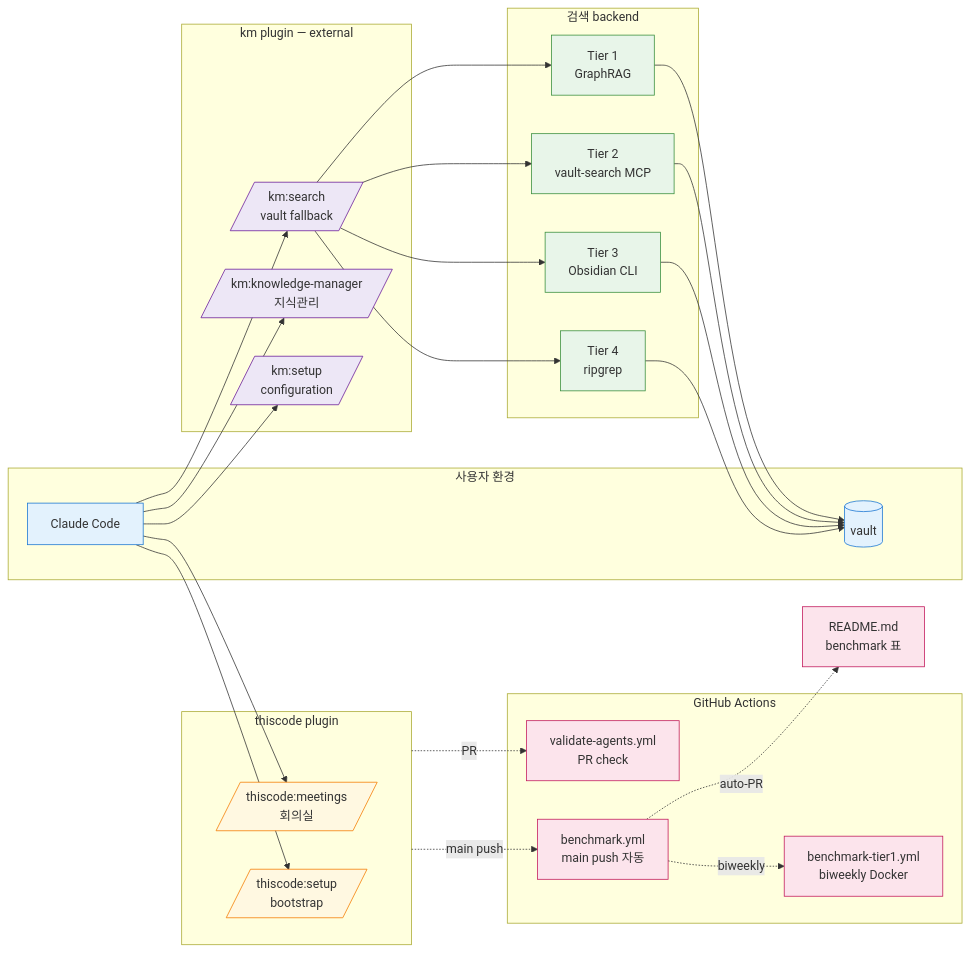
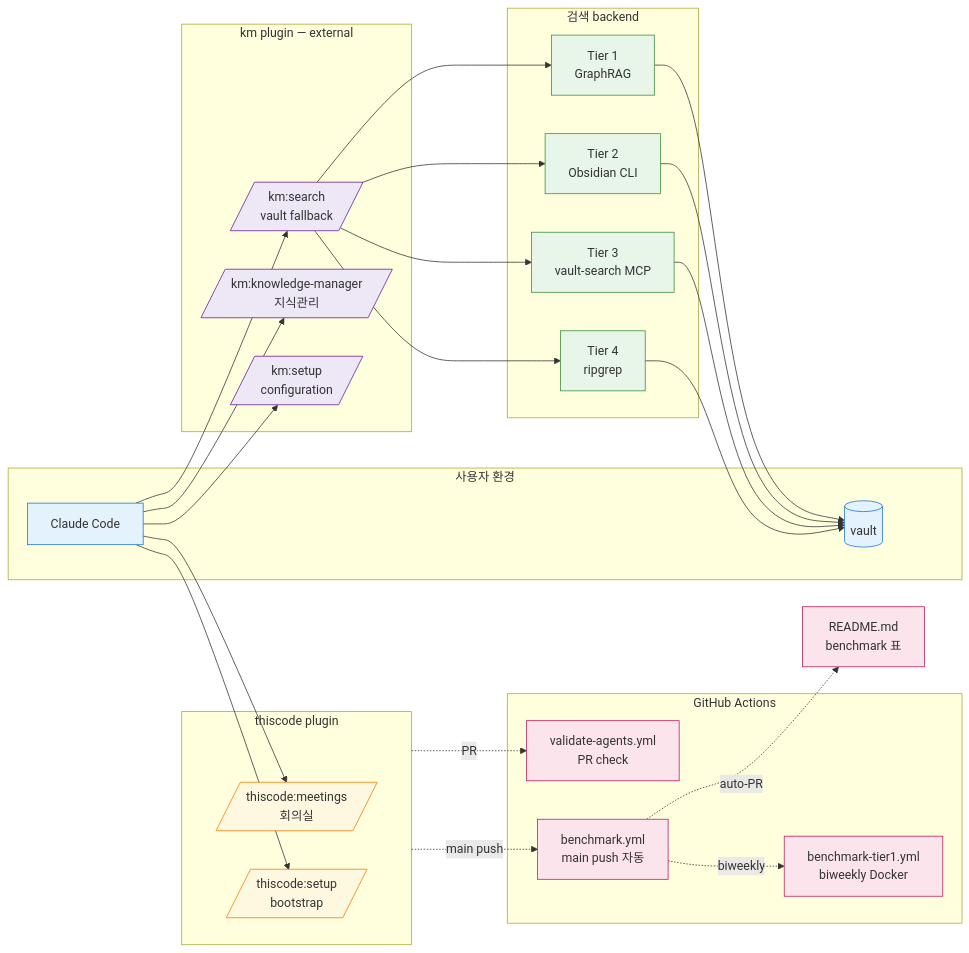
One commit to treylom/ThisCode changed the sixth of 6 diagrams in docs/ARCHITECTURE.md. Above: the diagram before and after it, drawn with Mermaid. The commit also changed other lines of this file and 58 other files, not shown here.

````diff
--- a/docs/ARCHITECTURE.md
+++ b/docs/ARCHITECTURE.md
@@ -145,63 +152,63 @@
 ```mermaid
 flowchart LR
     subgraph User[사용자 환경]
         CC[Claude Code]
         Vault[(vault)]
     end
 
     subgraph Plugin[thiscode plugin]
         Meet[/thiscode:meetings<br/>회의실/]
         Setup[/thiscode:setup<br/>bootstrap/]
     end
 
     subgraph KMPlugin[km plugin — external]
         Search[/km:search<br/>vault fallback/]
         Knowledge[/km:knowledge-manager<br/>지식관리/]
         KMSetup[/km:setup<br/>configuration/]
     end
 
     subgraph Backend[검색 backend]
         T1[Tier 1<br/>GraphRAG]
-        T2[Tier 2<br/>vault-search MCP]
-        T3[Tier 3<br/>Obsidian CLI]
+        T2[Tier 2<br/>Obsidian CLI]
+        T3[Tier 3<br/>vault-search MCP]
         T4[Tier 4<br/>ripgrep]
     end
 
     subgraph CI[GitHub Actions]
         VA[validate-agents.yml<br/>PR check]
         BM[benchmark.yml<br/>main push 자동]
         BT1[benchmark-tier1.yml<br/>biweekly Docker]
     end
 
     CC --> Search
     CC --> Knowledge
     CC --> KMSetup
     CC --> Meet
     CC --> Setup
 
     Search --> T1
     Search --> T2
     Search --> T3
     Search --> T4
 
     T1 --> Vault
     T2 --> Vault
     T3 --> Vault
     T4 --> Vault
 
     Plugin -.PR.-> VA
     Plugin -.main push.-> BM
     BM -.biweekly.-> BT1
     BM -.auto-PR.-> README[README.md<br/>benchmark 표]
 
     classDef user fill:#e3f2fd,stroke:#1976d2
     classDef plugin fill:#fff8e1,stroke:#f57c00
     classDef external fill:#ede7f6,stroke:#6a1b9a
     classDef backend fill:#e8f5e9,stroke:#388e3c
     classDef ci fill:#fce4ec,stroke:#c2185b
     class CC,Vault user
     class Meet,Setup plugin
     class Search,Knowledge,KMSetup external
     class T1,T2,T3,T4 backend
     class VA,BM,BT1,README ci
 ```
````
